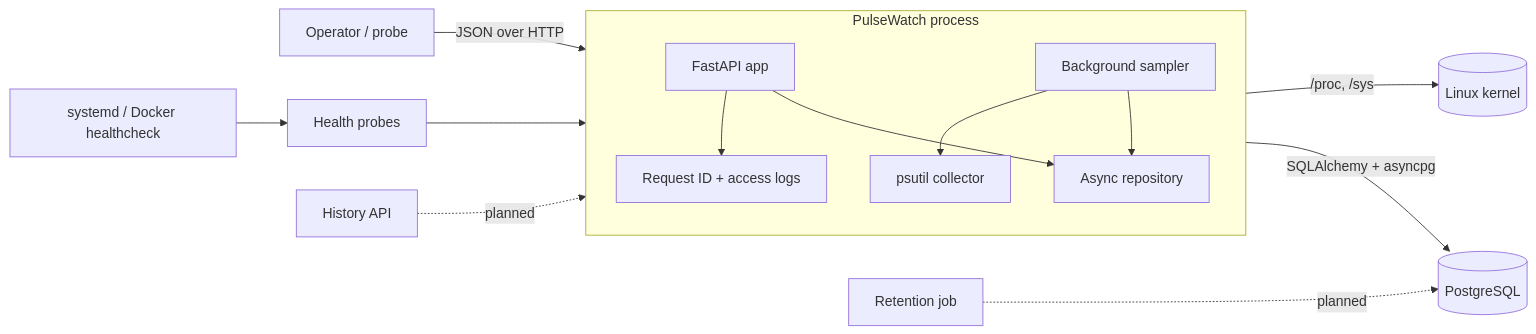
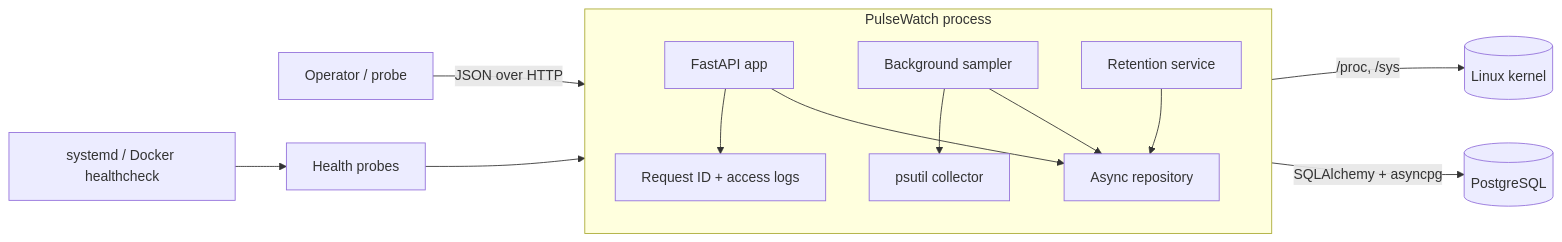
The diagram in README.md (sirsona/pulsewatch), drawn with Mermaid before and after one commit. The commit also changed other lines of this file and 11 other files, not shown here.

````diff
--- a/README.md
+++ b/README.md
@@ -66,25 +68,24 @@
 ```mermaid
 flowchart LR
     client[Operator / probe] -->|JSON over HTTP| api
 
     subgraph process["PulseWatch process"]
         direction TB
         api[FastAPI app]
         middleware[Request ID + access logs]
         sampler[Background sampler]
+        retention[Retention service]
         collector[psutil collector]
         repository[Async repository]
         api --> middleware
         sampler --> collector
         sampler --> repository
+        retention --> repository
         api --> repository
     end
 
     collector -->|/proc, /sys| kernel[(Linux kernel)]
     repository -->|SQLAlchemy + asyncpg| postgres[(PostgreSQL)]
     probes[systemd / Docker healthcheck] --> health[Health probes]
     health --> api
-
-    history[History API] -. planned .-> repository
-    retention[Retention job] -. planned .-> postgres
 ```
````
